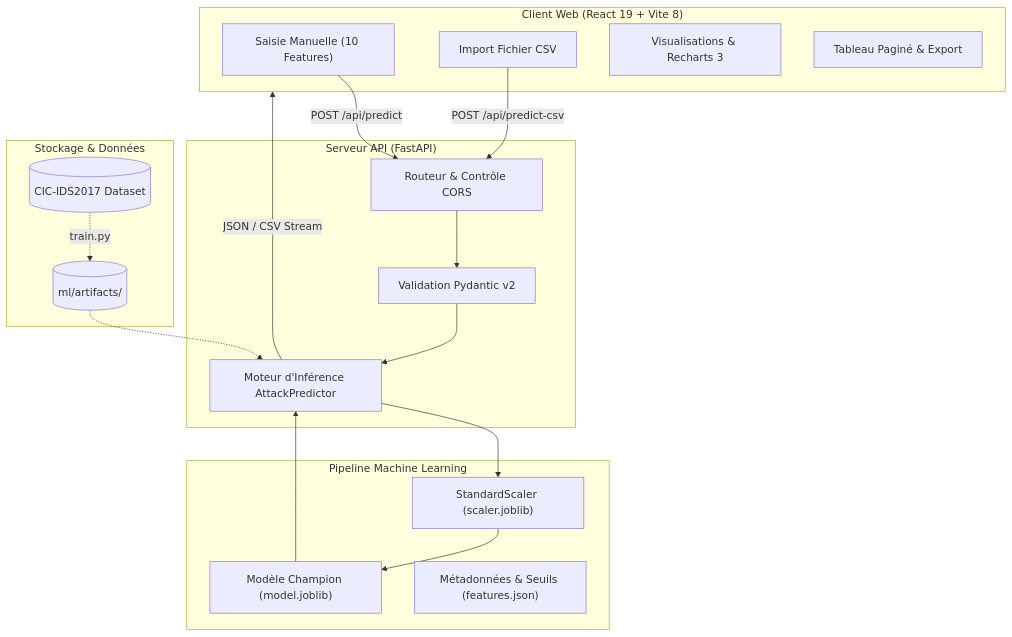
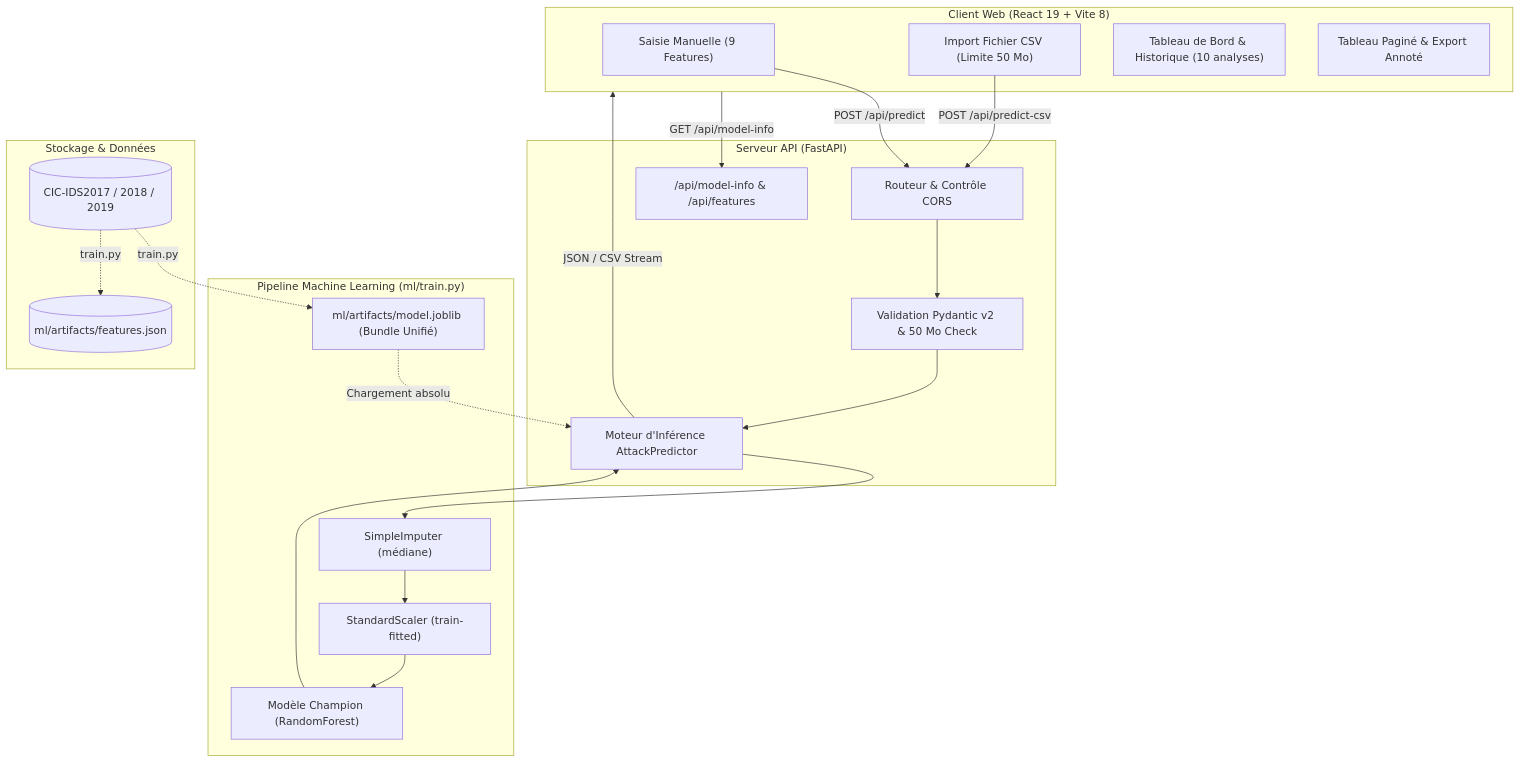
One commit to Mohammed-ES/Attack-Watcher changed the diagram in ARCHITECTURE.md. Above: the diagram before and after it, drawn with Mermaid. The commit also changed other lines of this file and 25 other files, not shown here.

````diff
--- a/ARCHITECTURE.md
+++ b/ARCHITECTURE.md
@@ -14,37 +14,42 @@
 ```mermaid
 flowchart TD
     subgraph Client["Client Web (React 19 + Vite 8)"]
-        UI_Form["Saisie Manuelle (10 Features)"]
-        UI_CSV["Import Fichier CSV"]
-        UI_Charts["Visualisations & Recharts 3"]
-        UI_Table["Tableau Paginé & Export"]
+        UI_Form["Saisie Manuelle (9 Features)"]
+        UI_CSV["Import Fichier CSV (Limite 50 Mo)"]
+        UI_Charts["Tableau de Bord & Historique (10 analyses)"]
+        UI_Table["Tableau Paginé & Export Annoté"]
     end
 
     subgraph Gateway["Serveur API (FastAPI)"]
         Router["Routeur & Contrôle CORS"]
-        Val["Validation Pydantic v2"]
+        Val["Validation Pydantic v2 & 50 Mo Check"]
         Engine["Moteur d'Inférence AttackPredictor"]
+        InfoRoute["/api/model-info & /api/features"]
     end
 
-    subgraph ML_Layer["Pipeline Machine Learning"]
-        Scaler["StandardScaler (scaler.joblib)"]
-        Model["Modèle Champion (model.joblib)"]
-        Meta["Métadonnées & Seuils (features.json)"]
+    subgraph ML_Layer["Pipeline Machine Learning (ml/train.py)"]
+        Imputer["SimpleImputer (médiane)"]
+        Scaler["StandardScaler (train-fitted)"]
+        Model["Modèle Champion (RandomForest)"]
+        Artifact["ml/artifacts/model.joblib (Bundle Unifié)"]
     end
 
     subgraph Data_Storage["Stockage & Données"]
-        Dataset[("CIC-IDS2017 Dataset")]
-        Artifacts[("ml/artifacts/")]
+        Dataset[("CIC-IDS2017 / 2018 / 2019")]
+        MetaFile[("ml/artifacts/features.json")]
     end
 
     UI_Form -->|POST /api/predict| Router
     UI_CSV -->|POST /api/predict-csv| Router
+    Client -->|GET /api/model-info| InfoRoute
     Router --> Val
     Val --> Engine
-    Engine --> Scaler
+    Engine --> Imputer
+    Imputer --> Scaler
     Scaler --> Model
     Model --> Engine
     Engine -->|JSON / CSV Stream| Client
-    Artifacts -.-> Engine
-    Dataset -.->|train.py| Artifacts
+    Artifact -.->|Chargement absolu| Engine
+    Dataset -.->|train.py| Artifact
+    Dataset -.->|train.py| MetaFile
 ```
````
